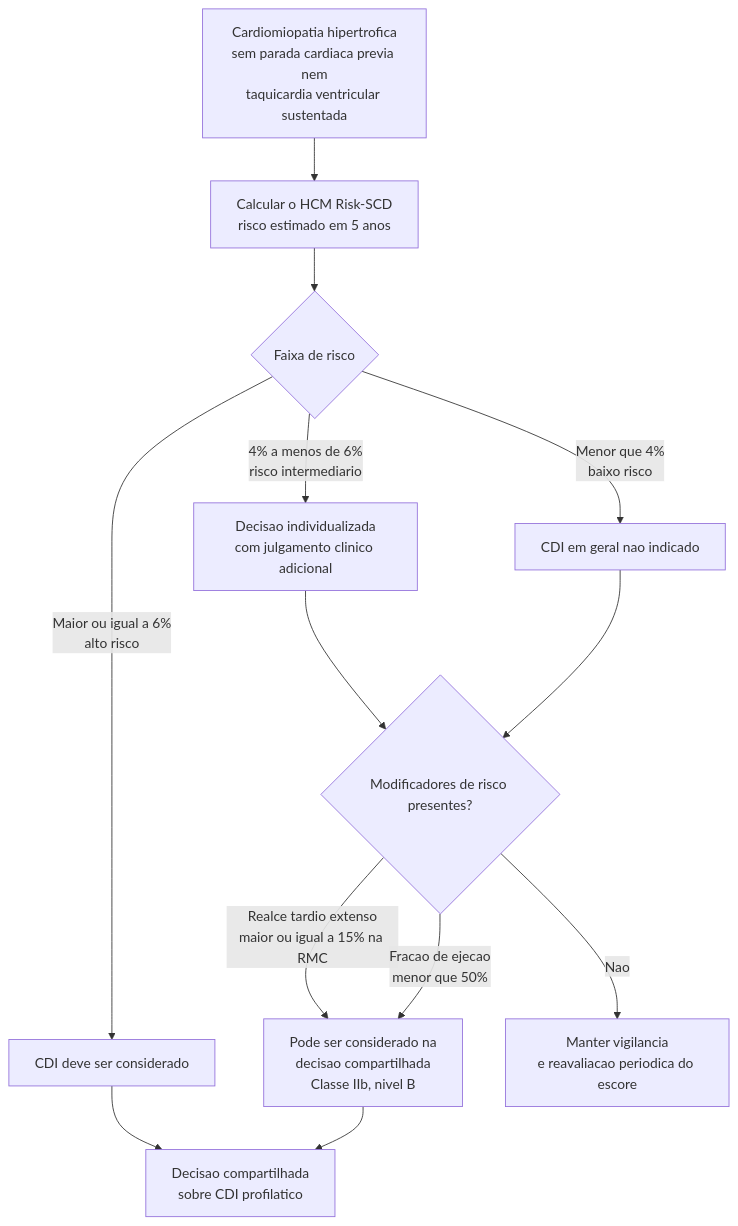
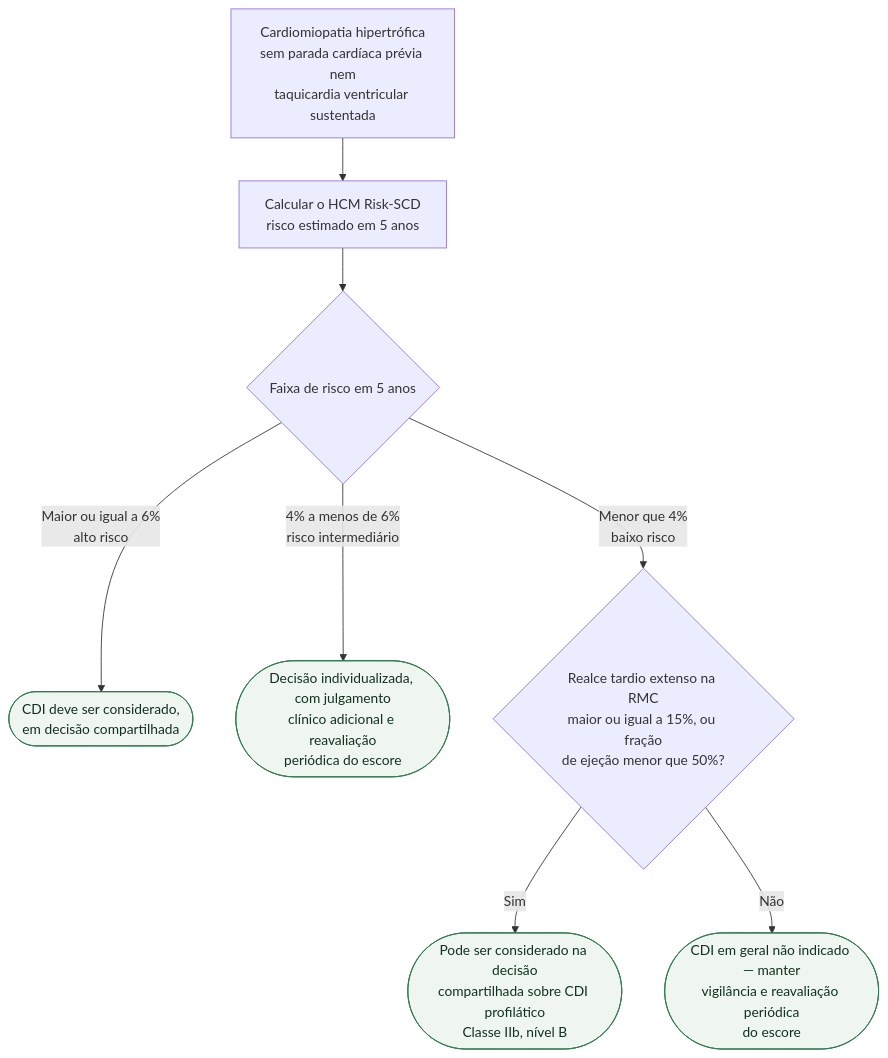
Before and after one commit to rafaelpaesmeirelles/MeuCardio: the second of 3 diagrams in content/Cardiomiopatias/fluxograma-cardiomiopatia-hipertrofica-esc-2023.md, drawn with Mermaid. The commit also changed other lines of this file and 18 other files, not shown here.

````diff
--- a/content/Cardiomiopatias/fluxograma-cardiomiopatia-hipertrofica-esc-2023.md
+++ b/content/Cardiomiopatias/fluxograma-cardiomiopatia-hipertrofica-esc-2023.md
@@ -61,20 +55,19 @@
 ```mermaid
 flowchart TD
-  A["Cardiomiopatia hipertrofica<br/>sem parada cardiaca previa nem<br/>taquicardia ventricular sustentada"] --> B["Calcular o HCM Risk-SCD<br/>risco estimado em 5 anos"]
+  R0["Cardiomiopatia hipertrófica<br/>sem parada cardíaca prévia nem<br/>taquicardia ventricular sustentada"] --> P1["Calcular o HCM Risk-SCD<br/>risco estimado em 5 anos"]
 
-  B --> C{"Faixa de risco"}
+  P1 --> D1{"Faixa de risco em 5 anos"}
 
-  C -->|"Maior ou igual a 6%<br/>alto risco"| D["CDI deve ser considerado"]
-  C -->|"4% a menos de 6%<br/>risco intermediario"| E["Decisao individualizada<br/>com julgamento clinico adicional"]
-  C -->|"Menor que 4%<br/>baixo risco"| F["CDI em geral nao indicado"]
+  D1 -->|"Maior ou igual a 6%<br/>alto risco"| C1(["CDI deve ser considerado,<br/>em decisão compartilhada"])
 
-  E --> G{"Modificadores de risco presentes?"}
-  F --> G
+  D1 -->|"4% a menos de 6%<br/>risco intermediário"| C2(["Decisão individualizada, com julgamento<br/>clínico adicional e reavaliação<br/>periódica do escore"])
 
-  G -->|"Realce tardio extenso<br/>maior ou igual a 15% na RMC"| H["Pode ser considerado na<br/>decisao compartilhada<br/>Classe IIb, nivel B"]
-  G -->|"Fracao de ejecao<br/>menor que 50%"| H
-  G -->|Nao| I["Manter vigilancia<br/>e reavaliacao periodica do escore"]
+  D1 -->|"Menor que 4%<br/>baixo risco"| D2{"Realce tardio extenso na RMC<br/>maior ou igual a 15%, ou fração<br/>de ejeção menor que 50%?"}
 
-  H --> J["Decisao compartilhada<br/>sobre CDI profilatico"]
-  D --> J
+  D2 -->|Sim| C3(["Pode ser considerado na decisão<br/>compartilhada sobre CDI profilático<br/>Classe IIb, nível B"])
+
+  D2 -->|Não| C4(["CDI em geral não indicado — manter<br/>vigilância e reavaliação periódica<br/>do escore"])
+
+  classDef conduta fill:#eef6ef,stroke:#2f7a4f,color:#12301f;
+  class C1,C2,C3,C4 conduta;
 ```
````
